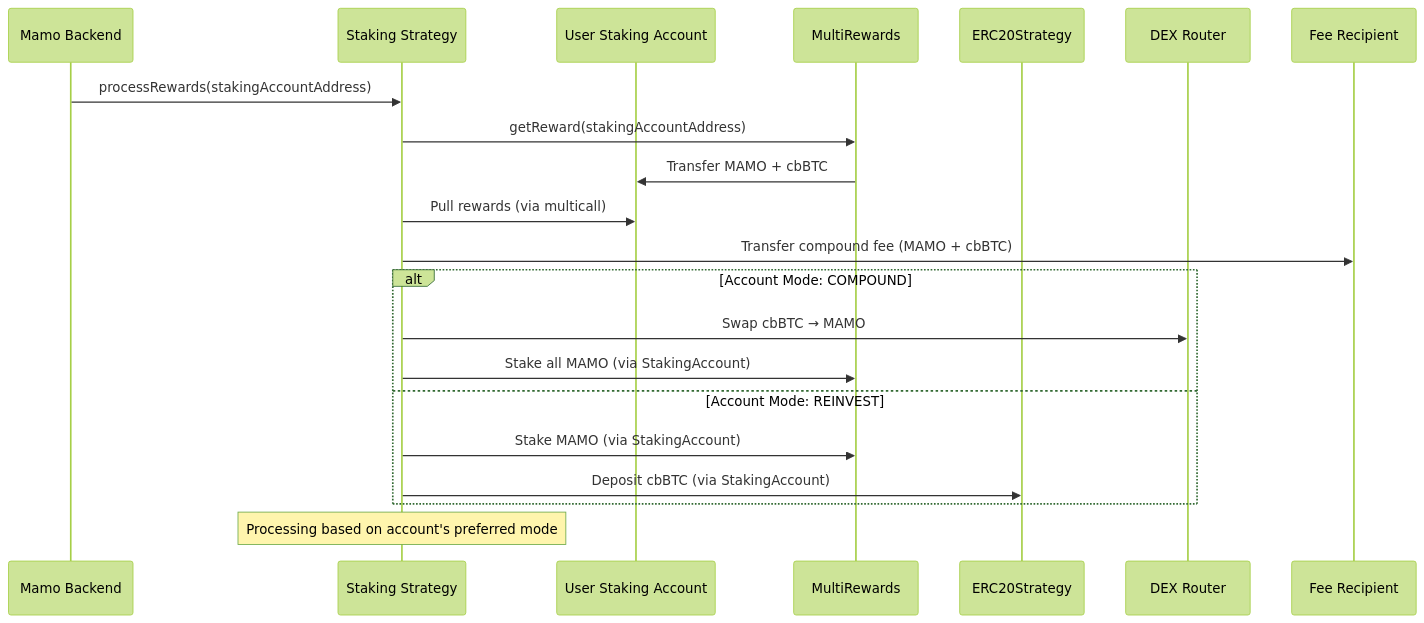
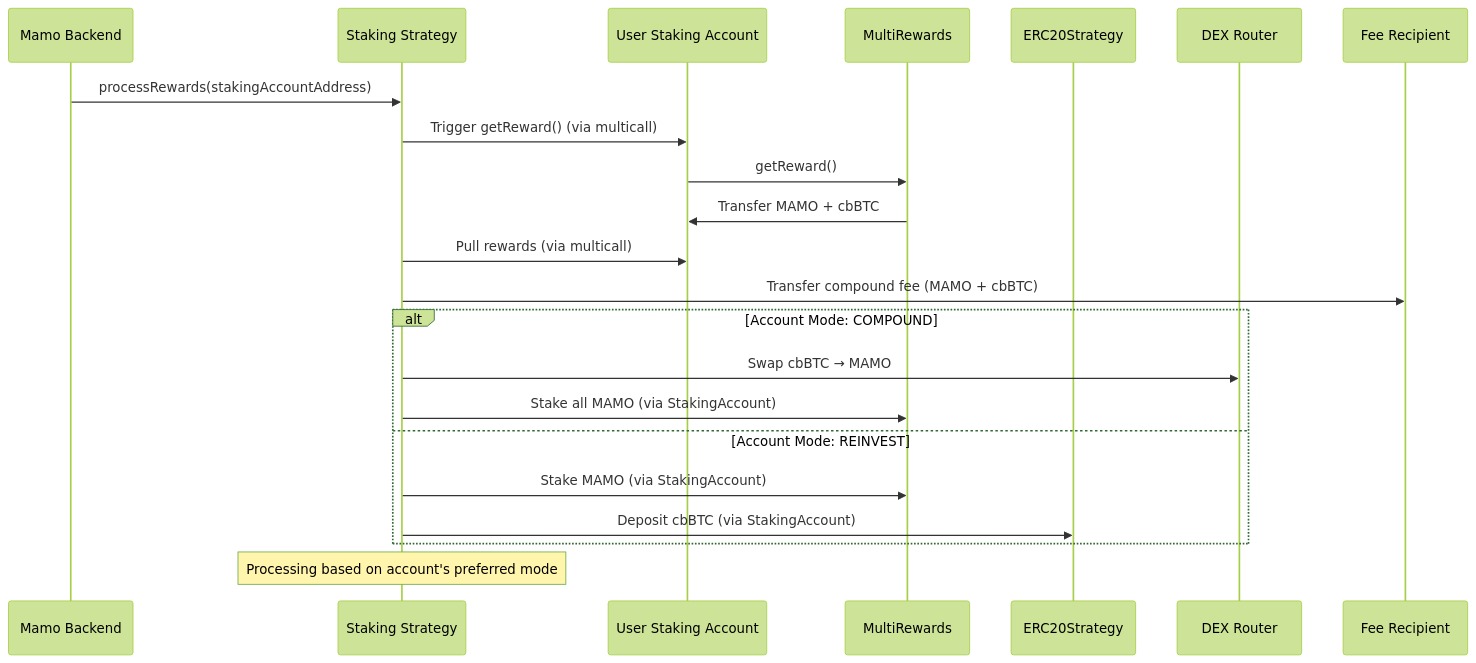
One commit to moonwell-fi/mamo-contracts changed the third of 5 diagrams in docs/MAMO_STAKING_ARCHITECTURE.md. Above: the diagram before and after it, drawn with Mermaid (forest theme). The commit also changed other lines of this file, not shown here.

Commit message:
update account registry

````diff
--- a/docs/MAMO_STAKING_ARCHITECTURE.md
+++ b/docs/MAMO_STAKING_ARCHITECTURE.md
@@ -540,27 +556,28 @@
 ```mermaid
 sequenceDiagram
     participant Backend as Mamo Backend
     participant Strategy as Staking Strategy
     participant StakingAccount as User Staking Account
     participant MultiRewards as MultiRewards
     participant ERC20Strategy as ERC20Strategy
     participant DEX as DEX Router
     participant Fee as Fee Recipient
 
     Backend->>Strategy: processRewards(stakingAccountAddress)
-    Strategy->>MultiRewards: getReward(stakingAccountAddress)
+    Strategy->>StakingAccount: Trigger getReward() (via multicall)
+    StakingAccount->>MultiRewards: getReward()
     MultiRewards->>StakingAccount: Transfer MAMO + cbBTC
     
     Strategy->>StakingAccount: Pull rewards (via multicall)
     Strategy->>Fee: Transfer compound fee (MAMO + cbBTC)
     
     alt Account Mode: COMPOUND
         Strategy->>DEX: Swap cbBTC → MAMO
         Strategy->>MultiRewards: Stake all MAMO (via StakingAccount)
     else Account Mode: REINVEST
         Strategy->>MultiRewards: Stake MAMO (via StakingAccount)
         Strategy->>ERC20Strategy: Deposit cbBTC (via StakingAccount)
     end
     
     Note over Strategy: Processing based on account's preferred mode
 ```
````
